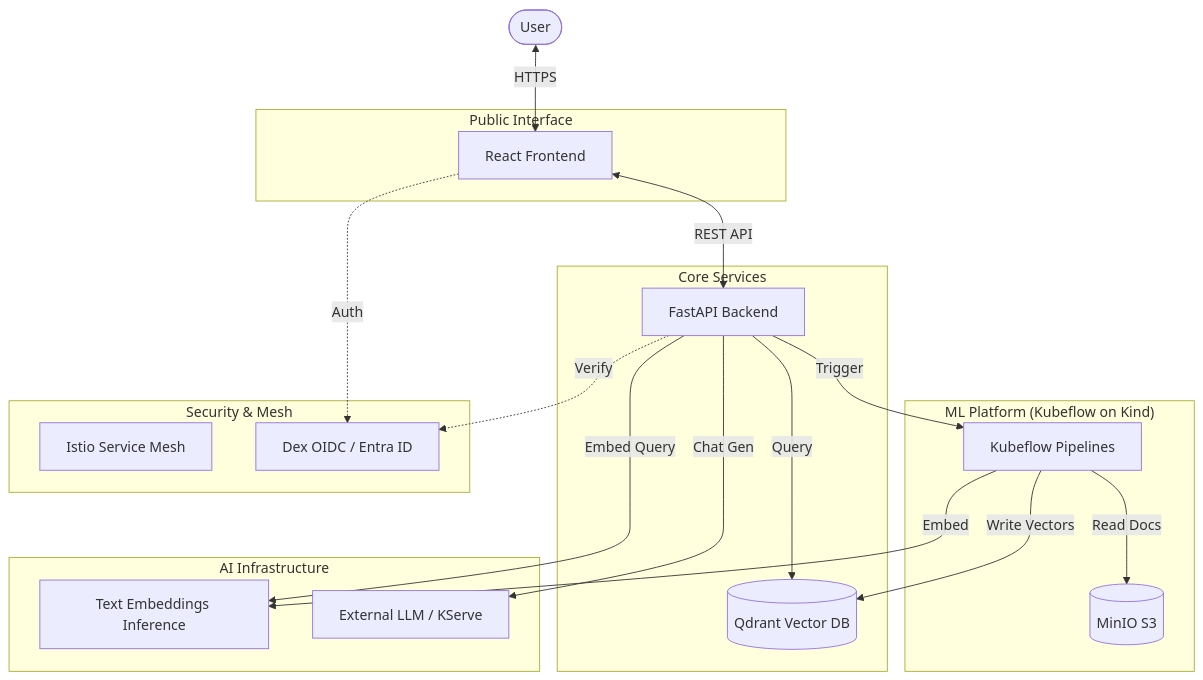
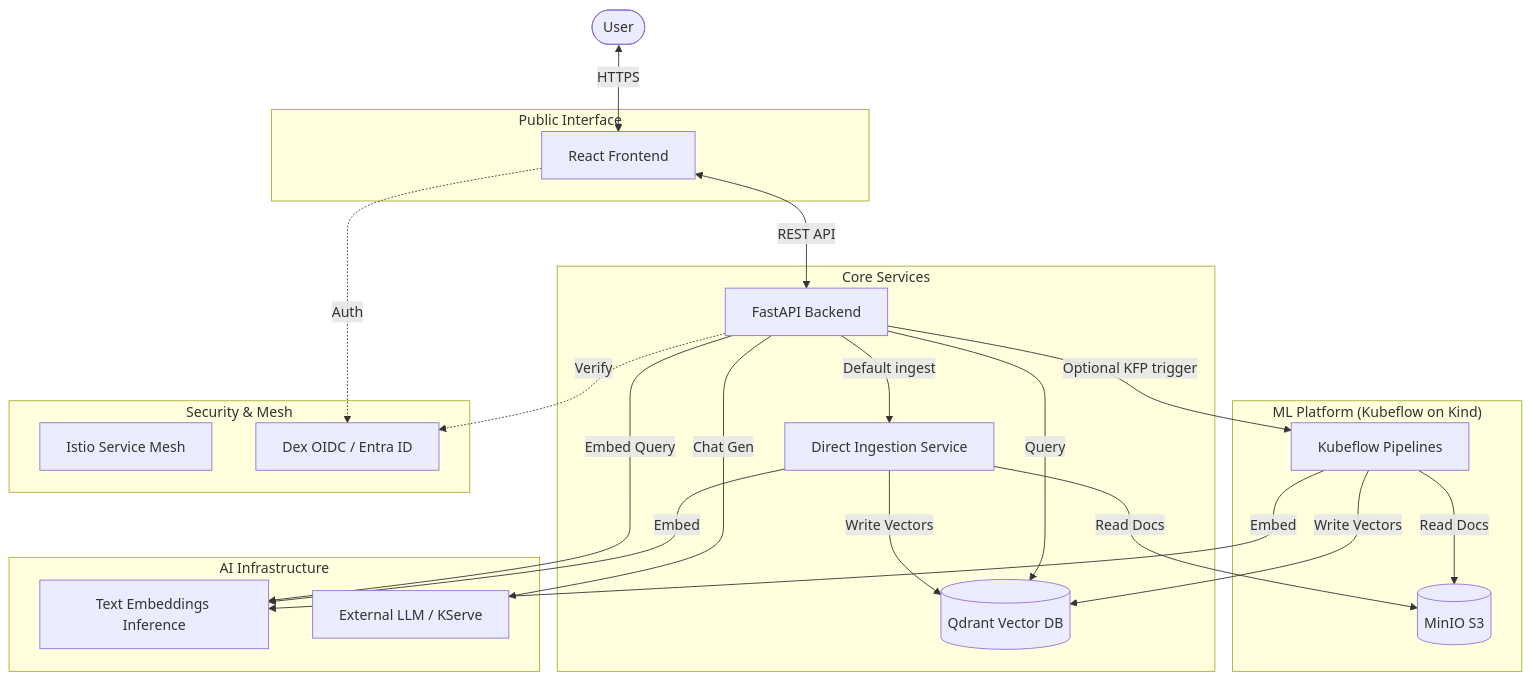
Before and after one commit to elis-salobehaj/Vellum: the diagram in docs/context/ARCHITECTURE.md, drawn with Mermaid. The commit also changed other lines of this file and 49 other files, not shown here.

````diff
--- a/docs/context/ARCHITECTURE.md
+++ b/docs/context/ARCHITECTURE.md
@@ -31,43 +36,49 @@
 ```mermaid
 graph TD
     User([User])
     
     subgraph "Public Interface"
         Frontend[React Frontend]
     end
     
     subgraph "Core Services"
         Backend[FastAPI Backend]
         Qdrant[(Qdrant Vector DB)]
+        Direct[Direct Ingestion Service]
     end
     
     subgraph "ML Platform (Kubeflow on Kind)"
         KFP[Kubeflow Pipelines]
         MinIO[(MinIO S3)]
     end
     
     subgraph "AI Infrastructure"
         TEI[Text Embeddings Inference]
         LLM[External LLM / KServe]
     end
     
     User <-->|HTTPS| Frontend
     Frontend <-->|REST API| Backend
     Backend -->|Query| Qdrant
-    Backend -->|Trigger| KFP
+    Backend -->|Default ingest| Direct
+    Backend -->|Optional KFP trigger| KFP
+
+    Direct -->|Read Docs| MinIO
+    Direct -->|Embed| TEI
+    Direct -->|Write Vectors| Qdrant
     
     KFP -->|Read Docs| MinIO
     KFP -->|Embed| TEI
     KFP -->|Write Vectors| Qdrant
     
     Backend -->|Embed Query| TEI
     Backend -->|Chat Gen| LLM
     
     subgraph "Security & Mesh"
         Istio[Istio Service Mesh]
         Dex[Dex OIDC / Entra ID]
     end
     
     Frontend -.->|Auth| Dex
     Backend -.->|Verify| Dex
 ```
````
